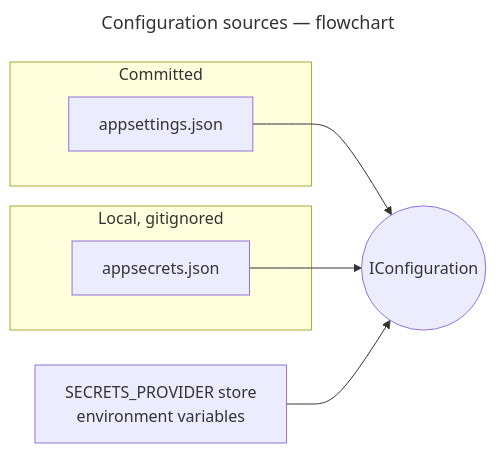
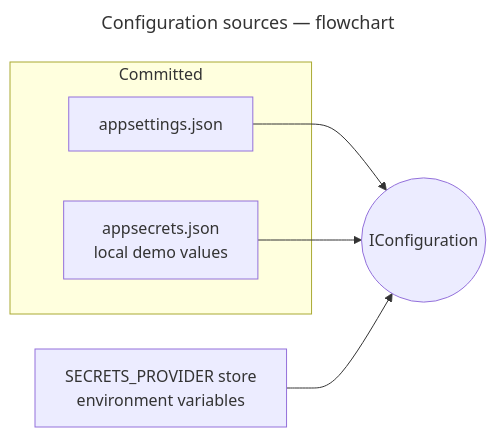
Before and after one commit to gmetskhvarishvili/GM.FileStorage.Samples: the diagram in docs/configuration.md, drawn with Mermaid. The commit also changed other lines of this file and 15 other files, not shown here.

First line of the commit message:
chore: commit appsecrets.json with local demo values, update packages

````diff
--- a/docs/configuration.md
+++ b/docs/configuration.md
@@ -12,18 +12,16 @@
 ```mermaid
 ---
 title: Configuration sources — flowchart
 ---
 flowchart LR
     subgraph committed[Committed]
         a1[appsettings.json]
-    end
-    subgraph local[Local, gitignored]
-        s1[appsecrets.json]
+        s1[appsecrets.json<br/>local demo values]
     end
     env[SECRETS_PROVIDER store<br/>environment variables]
     cfg((IConfiguration))
 
     a1 --> cfg
     s1 --> cfg
     env --> cfg
 ```
````
